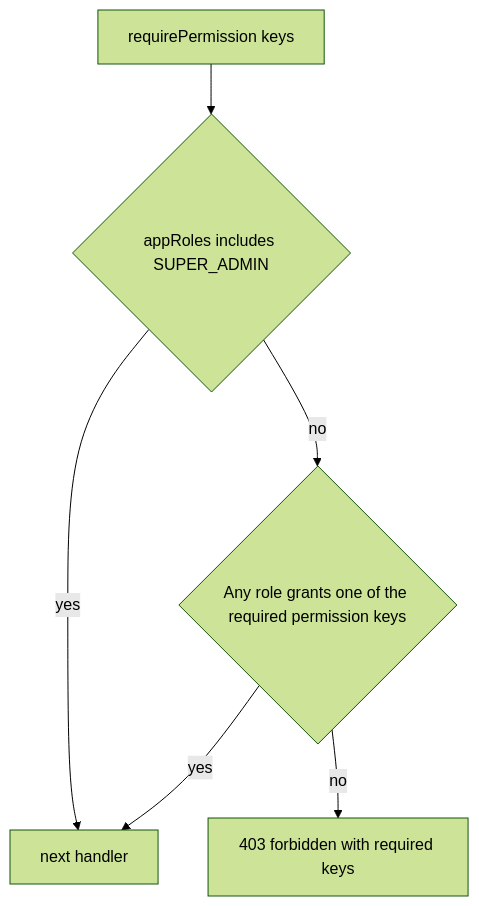
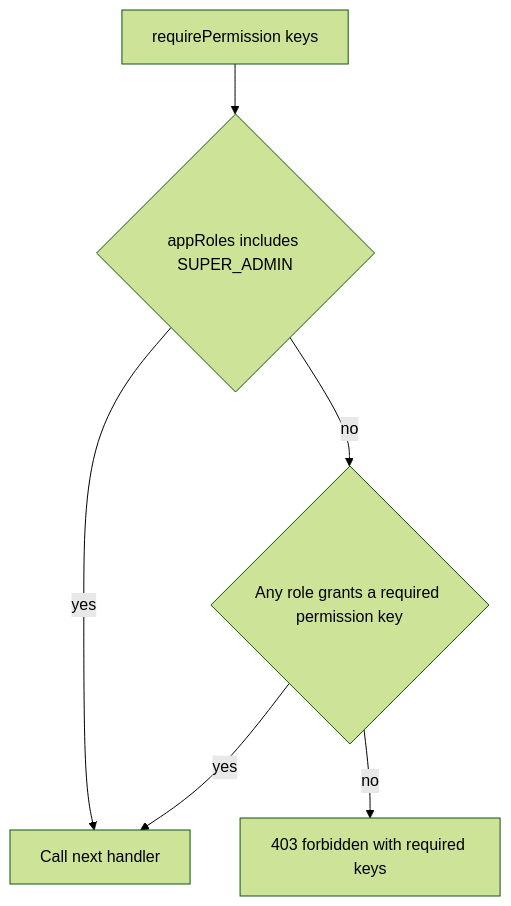
One commit to Amamer3/HRMS-backend changed the sixth of 9 diagrams in README.md. Above: the diagram before and after it, drawn with Mermaid (forest theme). The commit also changed other lines of this file, not shown here.

Commit message:
Refactor README.md for clarity and consistency. Updated flowcharts to use concise labels, improved descriptions of components, and clarified the Docker setup. Enhanced the authentication flow diagram and added notes on token handling. Adjusted terminology for better understanding.

````diff
--- a/README.md
+++ b/README.md
@@ -236,8 +230,8 @@
 ```mermaid
 flowchart TD
   RP[requirePermission keys] --> SA{appRoles includes SUPER_ADMIN}
-  SA -->|yes| OK[next handler]
-  SA -->|no| ANY{Any role grants one of the required permission keys}
-  ANY -->|yes| OK
+  SA -->|yes| Nxt[Call next handler]
+  SA -->|no| ANY{Any role grants a required permission key}
+  ANY -->|yes| Nxt
   ANY -->|no| F[403 forbidden with required keys]
 ```
````
